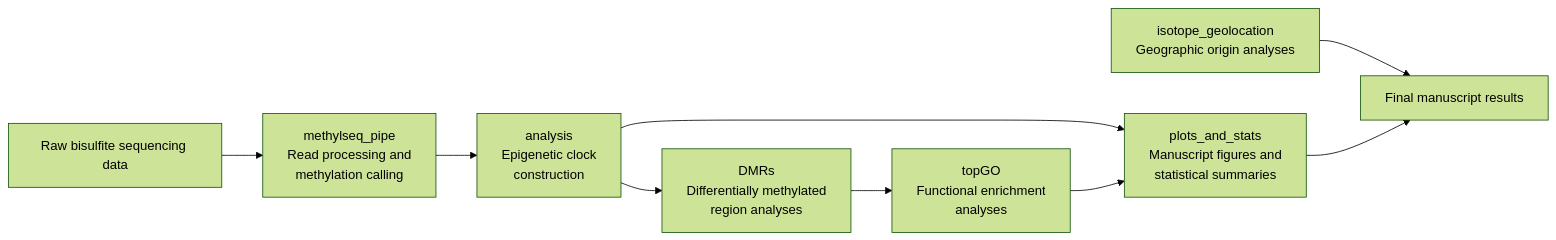
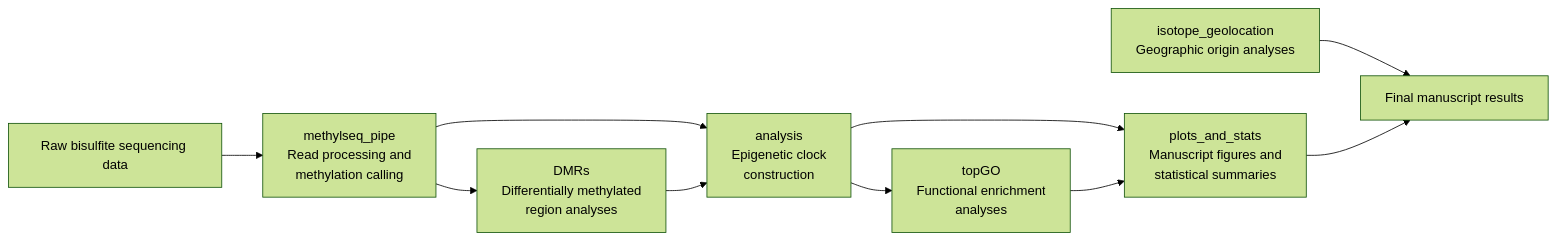
Before and after one commit to JesperBoman/Butterfly_DNAm_age: the diagram in README.md, drawn with Mermaid (forest theme).

````diff
--- a/README.md
+++ b/README.md
@@ -21,39 +21,40 @@
 ```mermaid
 flowchart LR
 
     A[Raw bisulfite sequencing data]
 
     B[methylseq_pipe
     Read processing and
     methylation calling]
 
     C[analysis
     Epigenetic clock
     construction]
 
     D[DMRs
     Differentially methylated
     region analyses]
 
     E[topGO
     Functional enrichment
     analyses]
 
     F[plots_and_stats
     Manuscript figures and
     statistical summaries]
 
     G[isotope_geolocation
     Geographic origin analyses]
 
     H[Final manuscript results]
 
     A --> B
     B --> C
-    C --> D
-    D --> E
+    B --> D
+    D --> C
+    C --> E
     C --> F
     E --> F
     G --> H
     F --> H
 ```
````
